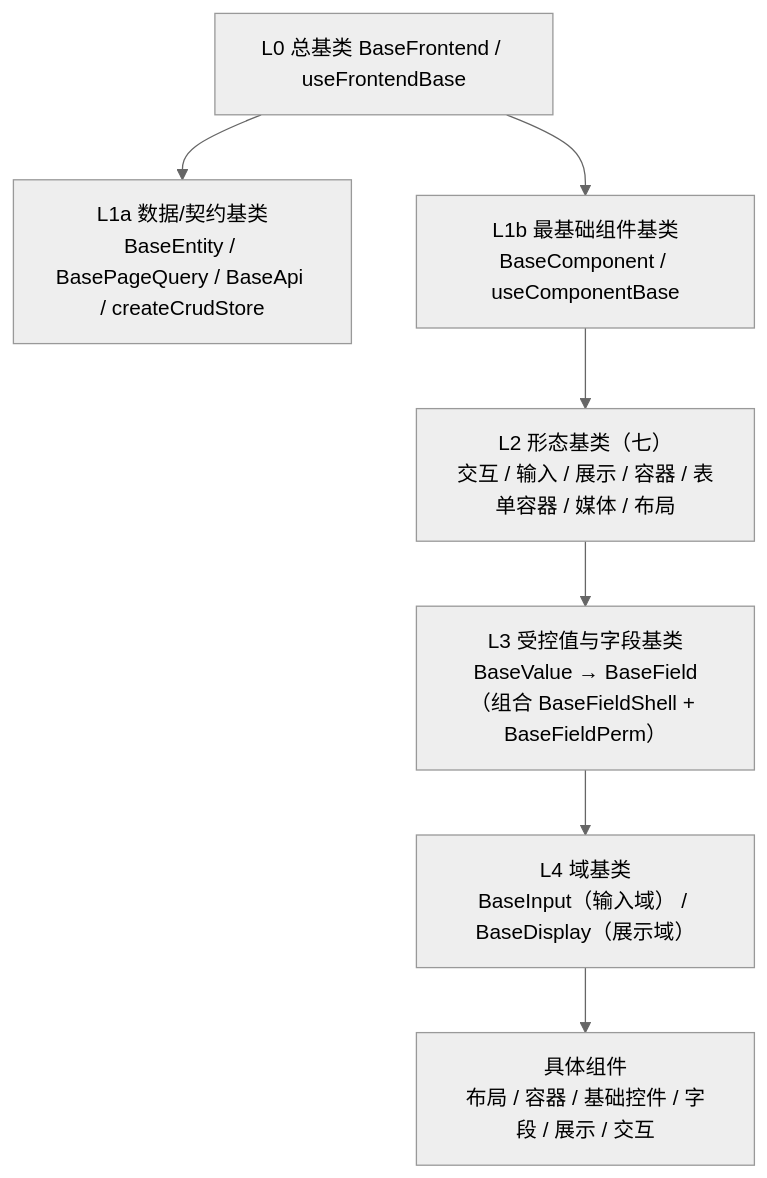
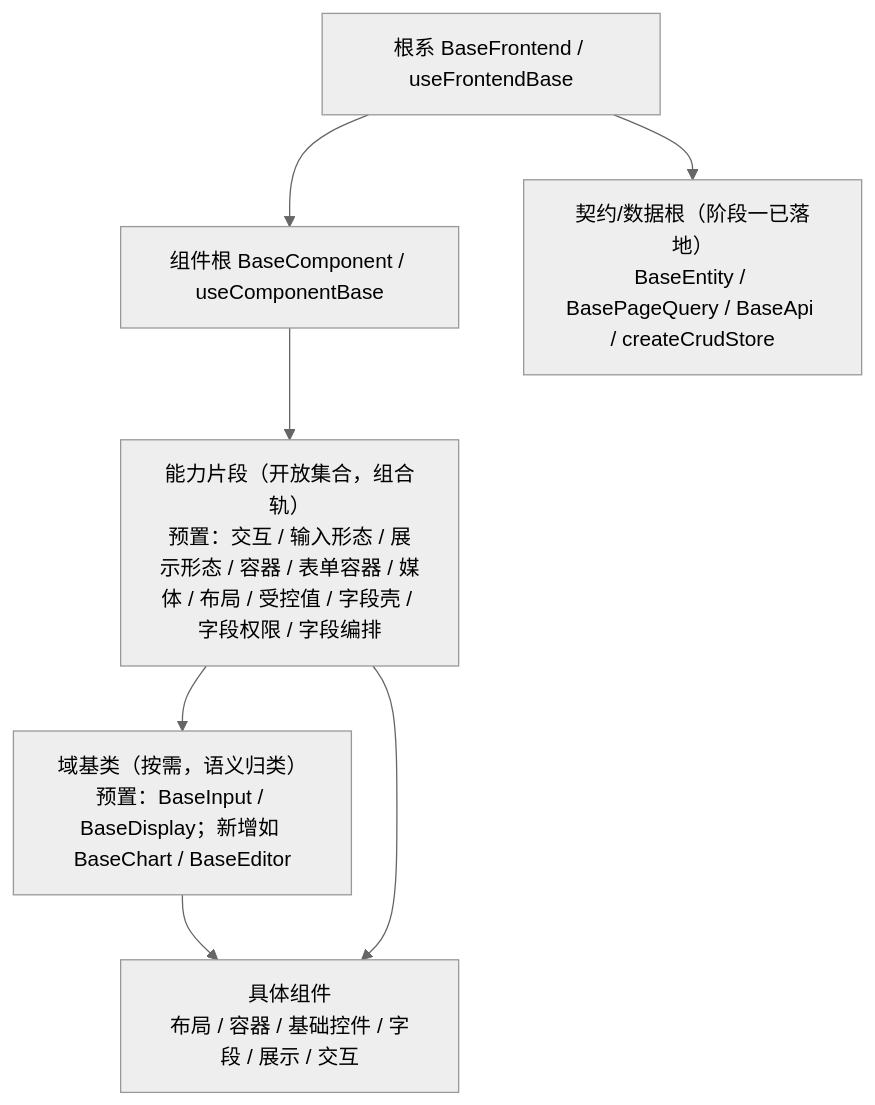
One commit to minjian123/basic-management-system changed the diagram in bms文档/设计/架构设计/05_架构设计_前端组件体系.md. Above: the diagram before and after it, drawn with Mermaid (neutral theme). The commit also changed other lines of this file and 181 other files, not shown here.

Commit message:
docs(组件库): 前端基类体系改开放式（根系/组件根/能力片段/域基类）+ 组件设计节点重排与全量同步

````diff
--- a/bms文档/设计/架构设计/05_架构设计_前端组件体系.md
+++ b/bms文档/设计/架构设计/05_架构设计_前端组件体系.md
@@ -28,16 +28,15 @@
 ```mermaid
 flowchart TD
-    L0["L0 总基类 BaseFrontend / useFrontendBase"]
-    L1A["L1a 数据/契约基类<br/>BaseEntity / BasePageQuery / BaseApi / createCrudStore"]
-    L1B["L1b 最基础组件基类<br/>BaseComponent / useComponentBase"]
-    L2["L2 形态基类（七）<br/>交互 / 输入 / 展示 / 容器 / 表单容器 / 媒体 / 布局"]
-    L3["L3 受控值与字段基类<br/>BaseValue → BaseField（组合 BaseFieldShell + BaseFieldPerm）"]
-    L4["L4 域基类<br/>BaseInput（输入域） / BaseDisplay（展示域）"]
+    ROOT["根系 BaseFrontend / useFrontendBase"]
+    COMP["组件根 BaseComponent / useComponentBase"]
+    DATA["契约/数据根（阶段一已落地）<br/>BaseEntity / BasePageQuery / BaseApi / createCrudStore"]
+    CAP["能力片段（开放集合，组合轨）<br/>预置：交互 / 输入形态 / 展示形态 / 容器 / 表单容器 / 媒体 / 布局 / 受控值 / 字段壳 / 字段权限 / 字段编排"]
+    DOM["域基类（按需，语义归类）<br/>预置：BaseInput / BaseDisplay；新增如 BaseChart / BaseEditor"]
     C["具体组件<br/>布局 / 容器 / 基础控件 / 字段 / 展示 / 交互"]
-    L0 --> L1A
-    L0 --> L1B
-    L1B --> L2
-    L2 --> L3
-    L3 --> L4
-    L4 --> C
+    ROOT --> DATA
+    ROOT --> COMP
+    COMP --> CAP
+    CAP --> DOM
+    DOM --> C
+    CAP --> C
 ```
````
